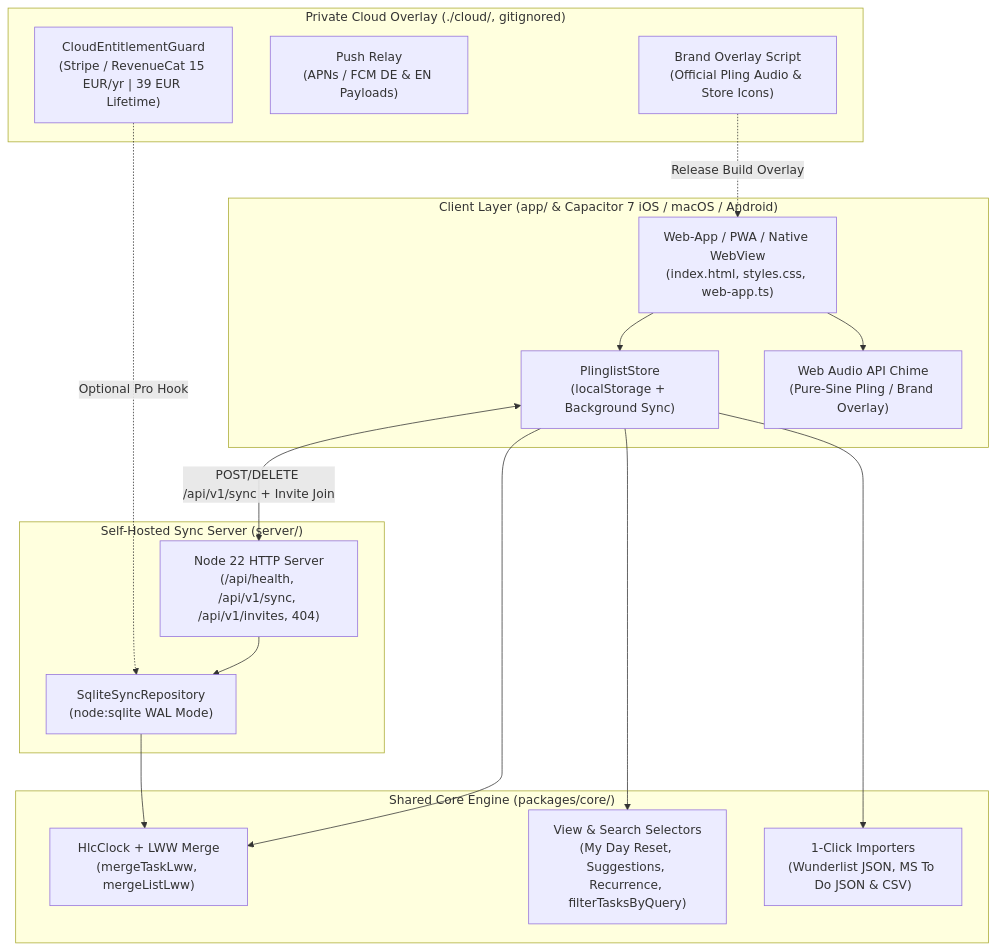
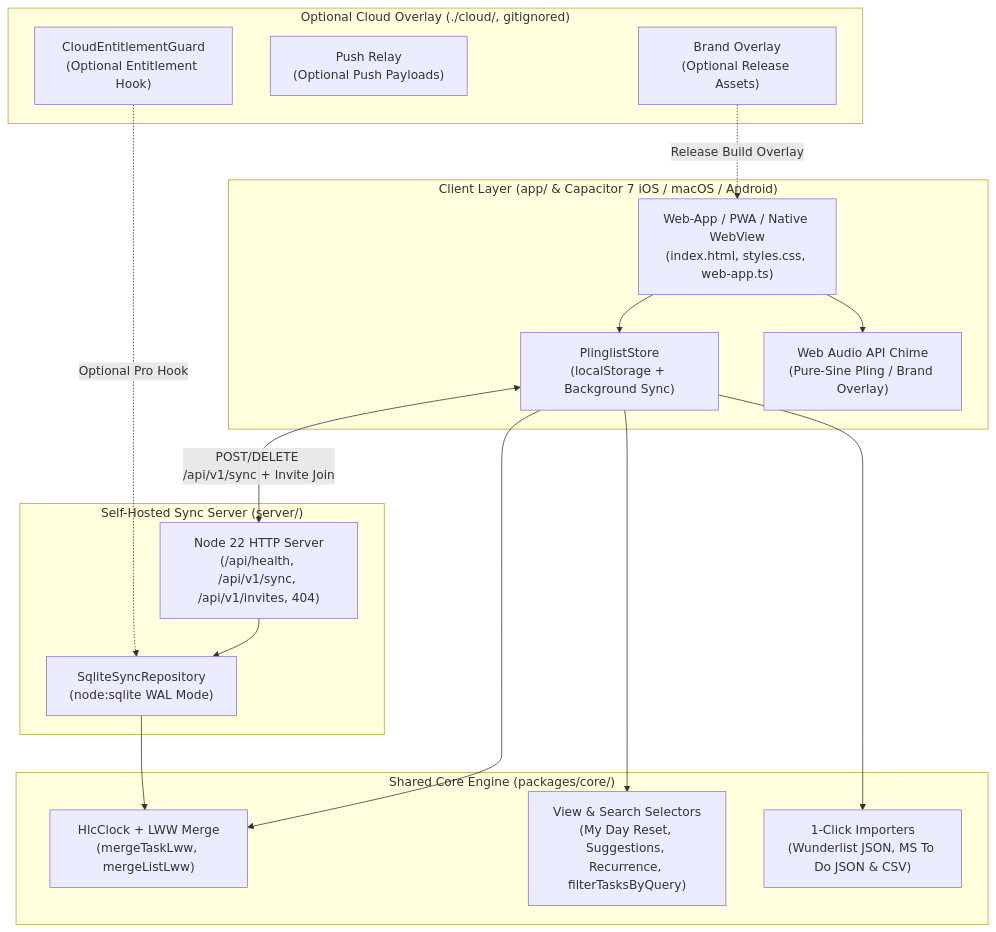
One commit to thefraggle/plinglist changed the diagram in ARCHITECTURE.md. Above: the diagram before and after it, drawn with Mermaid. The commit also changed other lines of this file and 2 other files, not shown here.

Commit message:
docs: keep public documentation and gitignore neutral

````diff
--- a/ARCHITECTURE.md
+++ b/ARCHITECTURE.md
@@ -19,36 +19,36 @@
 ```mermaid
 flowchart TB
     subgraph Clients["Client Layer (app/ & Capacitor 7 iOS / macOS / Android)"]
         WebUI["Web-App / PWA / Native WebView\n(index.html, styles.css, web-app.ts)"]
         Store["PlinglistStore\n(localStorage + Background Sync)"]
         Audio["Web Audio API Chime\n(Pure-Sine Pling / Brand Overlay)"]
         WebUI --> Store
         WebUI --> Audio
     end
 
     subgraph Core["Shared Core Engine (packages/core/)"]
         HLC["HlcClock + LWW Merge\n(mergeTaskLww, mergeListLww)"]
         Views["View & Search Selectors\n(My Day Reset, Suggestions, Recurrence, filterTasksByQuery)"]
         Importers["1-Click Importers\n(Wunderlist JSON, MS To Do JSON & CSV)"]
         Store --> HLC
         Store --> Views
         Store --> Importers
     end
 
     subgraph Server["Self-Hosted Sync Server (server/)"]
         HTTP["Node 22 HTTP Server\n(/api/health, /api/v1/sync, /api/v1/invites, 404)"]
         Repo["SqliteSyncRepository\n(node:sqlite WAL Mode)"]
         HTTP --> Repo
         Repo --> HLC
     end
 
-    subgraph Cloud["Private Cloud Overlay (./cloud/, gitignored)"]
-        Guard["CloudEntitlementGuard\n(Stripe / RevenueCat 15 EUR/yr | 39 EUR Lifetime)"]
-        Push["Push Relay\n(APNs / FCM DE & EN Payloads)"]
-        Assets["Brand Overlay Script\n(Official Pling Audio & Store Icons)"]
+    subgraph Cloud["Optional Cloud Overlay (./cloud/, gitignored)"]
+        Guard["CloudEntitlementGuard\n(Optional Entitlement Hook)"]
+        Push["Push Relay\n(Optional Push Payloads)"]
+        Assets["Brand Overlay\n(Optional Release Assets)"]
     end
 
     Store <-->|POST/DELETE /api/v1/sync + Invite Join| HTTP
     Guard -.->|Optional Pro Hook| Repo
     Assets -.->|Release Build Overlay| WebUI
 ```
````
